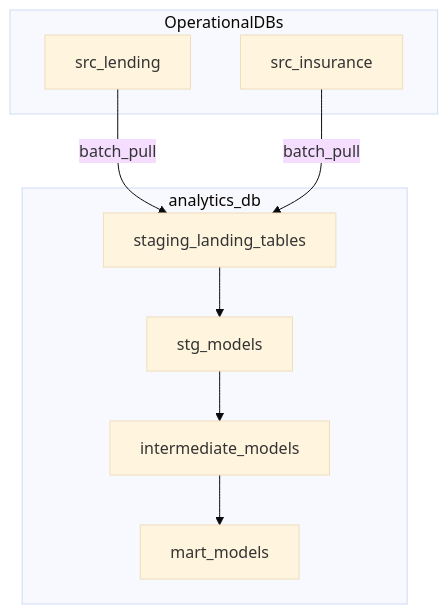
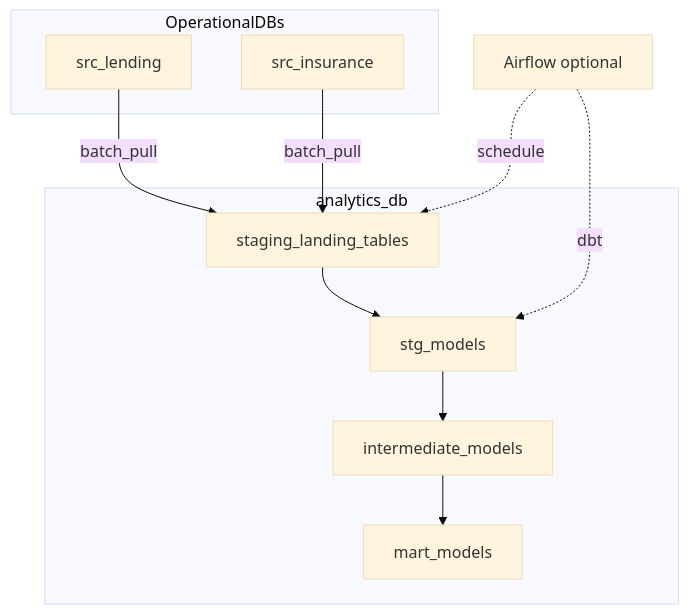
One commit to minhsphuc12/mvp-data-product changed the diagram in docs/data-design-and-flow.md. Above: the diagram before and after it, drawn with Mermaid (base theme). The commit also changed other lines of this file and 19 other files, not shown here.

First line of the commit message:
Add Airflow demo, docker-compose stack, and dbt semantic join docs

````diff
--- a/docs/data-design-and-flow.md
+++ b/docs/data-design-and-flow.md
@@ -57,18 +59,21 @@
 ```mermaid
 flowchart TB
   subgraph ops [OperationalDBs]
     L[src_lending]
     I[src_insurance]
   end
   subgraph wh [analytics_db]
     land[staging_landing_tables]
     stg[stg_models]
     intm[intermediate_models]
     marts[mart_models]
   end
+  AF[Airflow optional]
   L -->|batch_pull| land
   I -->|batch_pull| land
+  AF -.->|schedule| land
+  AF -.->|dbt| stg
   land --> stg
   stg --> intm
   intm --> marts
 ```
````
